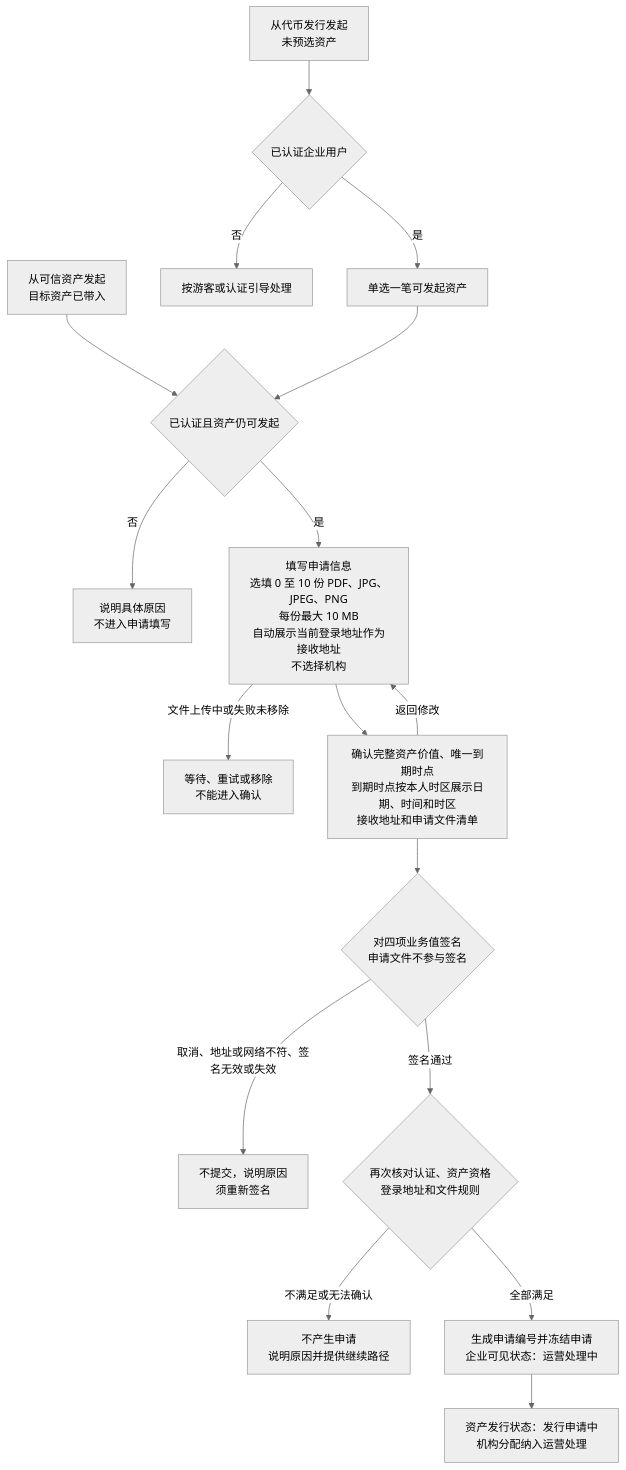
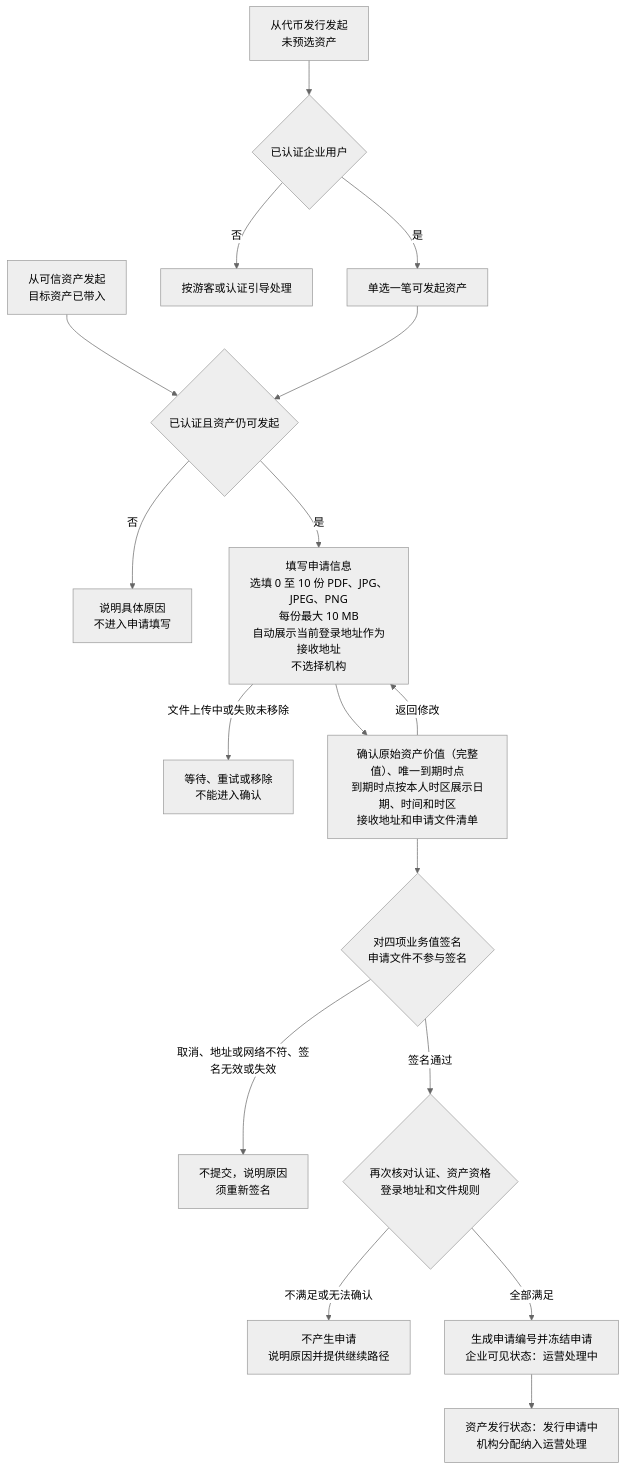
The first of 3 diagrams in token-issuance-platform/PRD/面客端/M3a-代币发行-企业申请/02-代币发行-企业申请-流程图与状态机.md (wxblockchain/Chain-Financing), drawn with Mermaid (neutral theme) before and after one commit. The commit also changed 20 other files, not shown here.

````diff
--- a/token-issuance-platform/PRD/面客端/M3a-代币发行-企业申请/02-代币发行-企业申请-流程图与状态机.md
+++ b/token-issuance-platform/PRD/面客端/M3a-代币发行-企业申请/02-代币发行-企业申请-流程图与状态机.md
@@ -16,19 +16,19 @@
 ```mermaid
 flowchart TD
     A1[从可信资产发起<br/>目标资产已带入] --> B{已认证且资产仍可发起}
     A2[从代币发行发起<br/>未预选资产] --> C{已认证企业用户}
     C -->|否| C1[按游客或认证引导处理]
     C -->|是| D[单选一笔可发起资产]
     D --> B
     B -->|否| B1[说明具体原因<br/>不进入申请填写]
     B -->|是| E[填写申请信息<br/>选填 0 至 10 份 PDF、JPG、JPEG、PNG<br/>每份最大 10 MB<br/>自动展示当前登录地址作为接收地址<br/>不选择机构]
     E -->|文件上传中或失败未移除| E1[等待、重试或移除<br/>不能进入确认]
-    E --> F[确认完整资产价值、唯一到期时点<br/>到期时点按本人时区展示日期、时间和时区<br/>接收地址和申请文件清单]
+    E --> F[确认原始资产价值（完整值）、唯一到期时点<br/>到期时点按本人时区展示日期、时间和时区<br/>接收地址和申请文件清单]
     F -->|返回修改| E
     F --> G{对四项业务值签名<br/>申请文件不参与签名}
     G -->|取消、地址或网络不符、签名无效或失效| G1[不提交，说明原因<br/>须重新签名]
     G -->|签名通过| H{再次核对认证、资产资格<br/>登录地址和文件规则}
     H -->|不满足或无法确认| H1[不产生申请<br/>说明原因并提供继续路径]
     H -->|全部满足| I[生成申请编号并冻结申请<br/>企业可见状态：运营处理中]
     I --> J[资产发行状态：发行申请中<br/>机构分配纳入运营处理]
 ```
````
